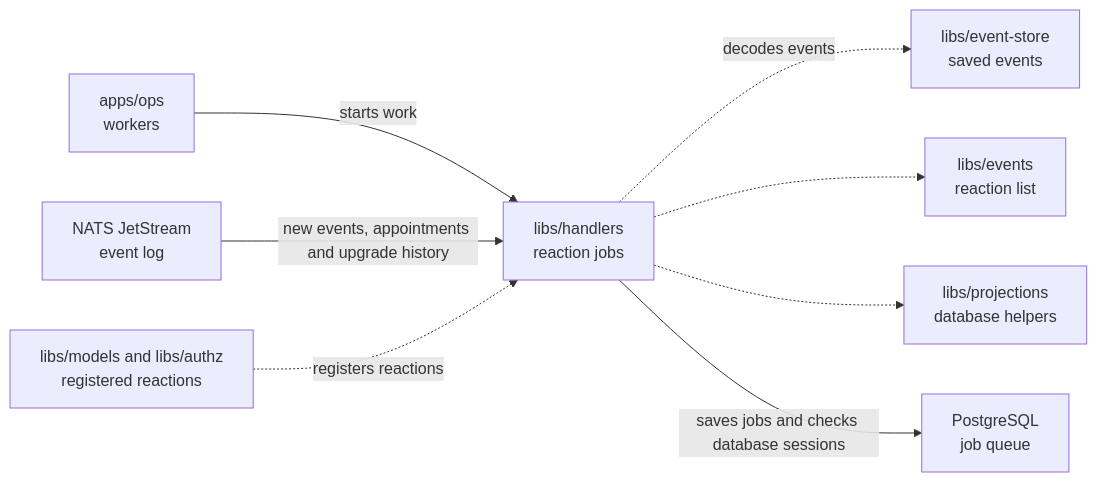
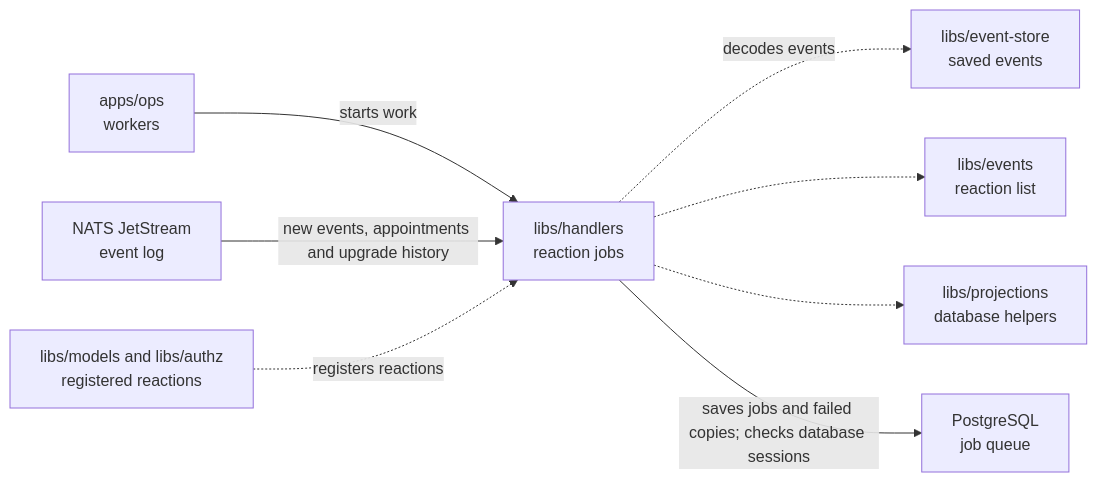
The diagram in libs/handlers/README.md (elewa-git/opencrane-new), drawn with Mermaid before and after one commit. The commit also changed other lines of this file and 14 other files, not shown here.

````diff
--- a/libs/handlers/README.md
+++ b/libs/handlers/README.md
@@ -28,10 +28,10 @@
 ```mermaid
 flowchart LR
   ops["apps/ops<br/>workers"] -->|starts work| handlers["libs/handlers<br/>reaction jobs"]
   nats["NATS JetStream<br/>event log"] -->|new events, appointments and upgrade history| handlers
   reactions["libs/models and libs/authz<br/>registered reactions"] -.->|registers reactions| handlers
   handlers -.->|decodes events| store["libs/event-store<br/>saved events"]
   handlers -.-> events["libs/events<br/>reaction list"]
   handlers -.-> projections["libs/projections<br/>database helpers"]
-  handlers -->|saves jobs and checks database sessions| pg["PostgreSQL<br/>job queue"]
+  handlers -->|saves jobs and failed copies; checks database sessions| pg["PostgreSQL<br/>job queue"]
 ```
````
